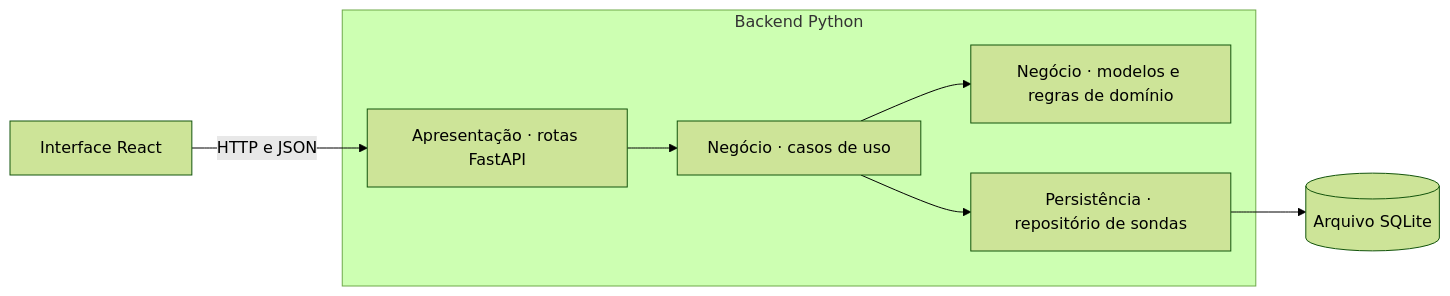
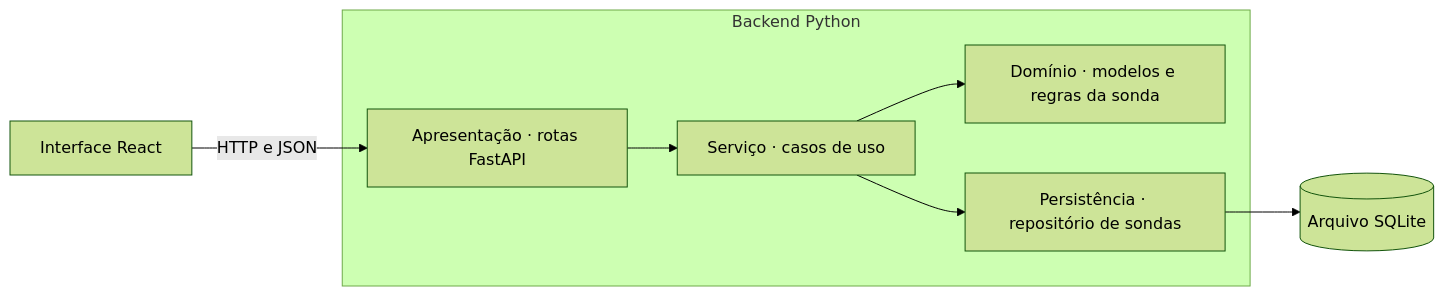
The diagram in projeto-sondas-em-marte.md (gamabarbara/mars-probes), drawn with Mermaid (forest theme) before and after one commit. The commit also changed other lines of this file and 3 other files, not shown here.

````diff
--- a/projeto-sondas-em-marte.md
+++ b/projeto-sondas-em-marte.md
@@ -98,10 +98,10 @@
 ```mermaid
 flowchart LR
     React["Interface React"] -->|HTTP e JSON| API
     subgraph Backend["Backend Python"]
-        API["Apresentação · rotas FastAPI"] --> Casos["Negócio · casos de uso"]
-        Casos --> Dominio["Negócio · modelos e regras de domínio"]
-        Casos --> Repo["Persistência · repositório de sondas"]
+        API["Apresentação · rotas FastAPI"] --> Servico["Serviço · casos de uso"]
+        Servico --> Dominio["Domínio · modelos e regras da sonda"]
+        Servico --> Repo["Persistência · repositório de sondas"]
     end
     Repo --> Banco[("Arquivo SQLite")]
 ```
````
